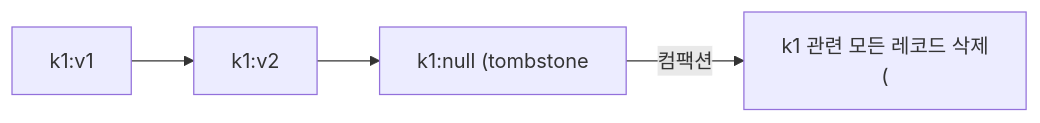
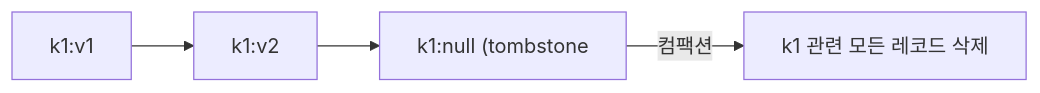
Before and after one commit to yjkim2015/yjkim2015.github.io: diagram 21 of 21 in _posts/kafka/2026-05-01-kafka-internals.md, drawn with Mermaid. The commit also changed other lines of this file and 217 other files, not shown here.

First line of the commit message:
Mermaid 크기 수정: useMaxWidth:true + SVG max-width:100% + 라벨 축소

````diff
--- a/_posts/kafka/2026-05-01-kafka-internals.md
+++ b/_posts/kafka/2026-05-01-kafka-internals.md
@@ -607,5 +607,5 @@
 ```mermaid
 graph LR
     T1["k1:v1"] --> T2["k1:v2"] --> T3["k1:null (tombstone"]
-    T3 -->|컴팩션| GONE["k1 관련 모든 레코드 삭제\n("]
+    T3 -->|컴팩션| GONE["k1 관련 모든 레코드 삭제"]
 ```
````
